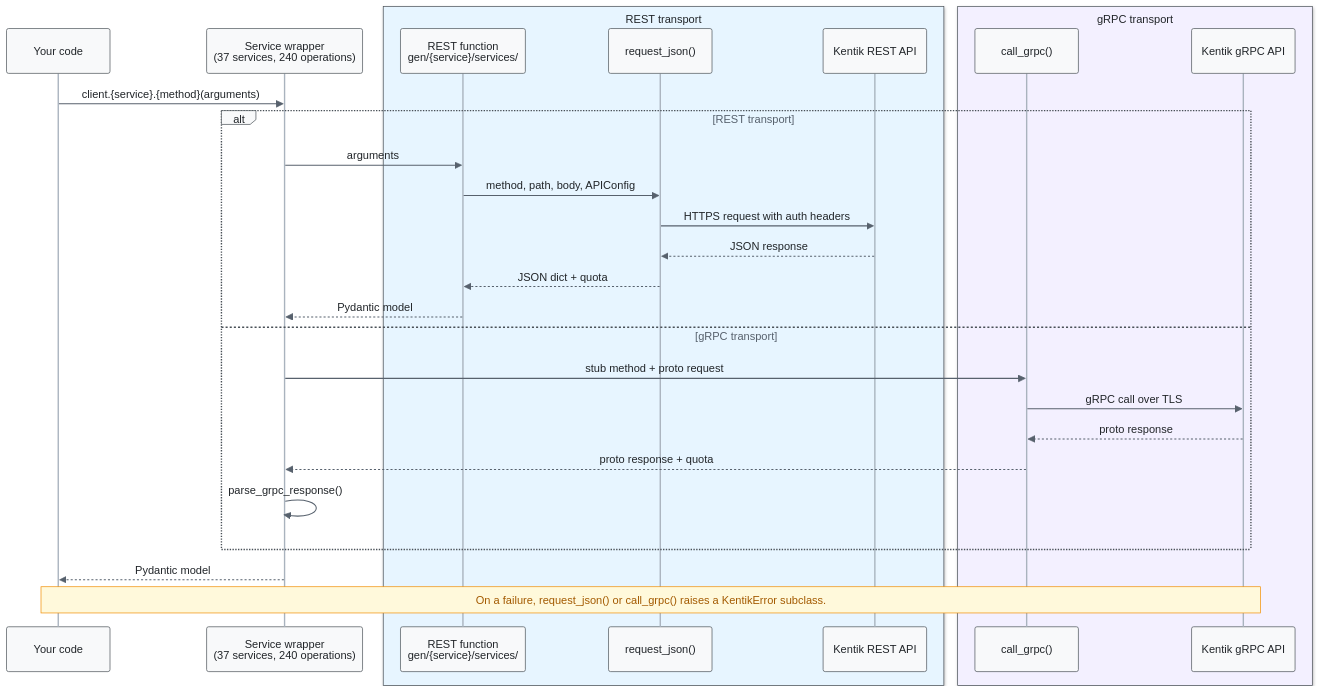
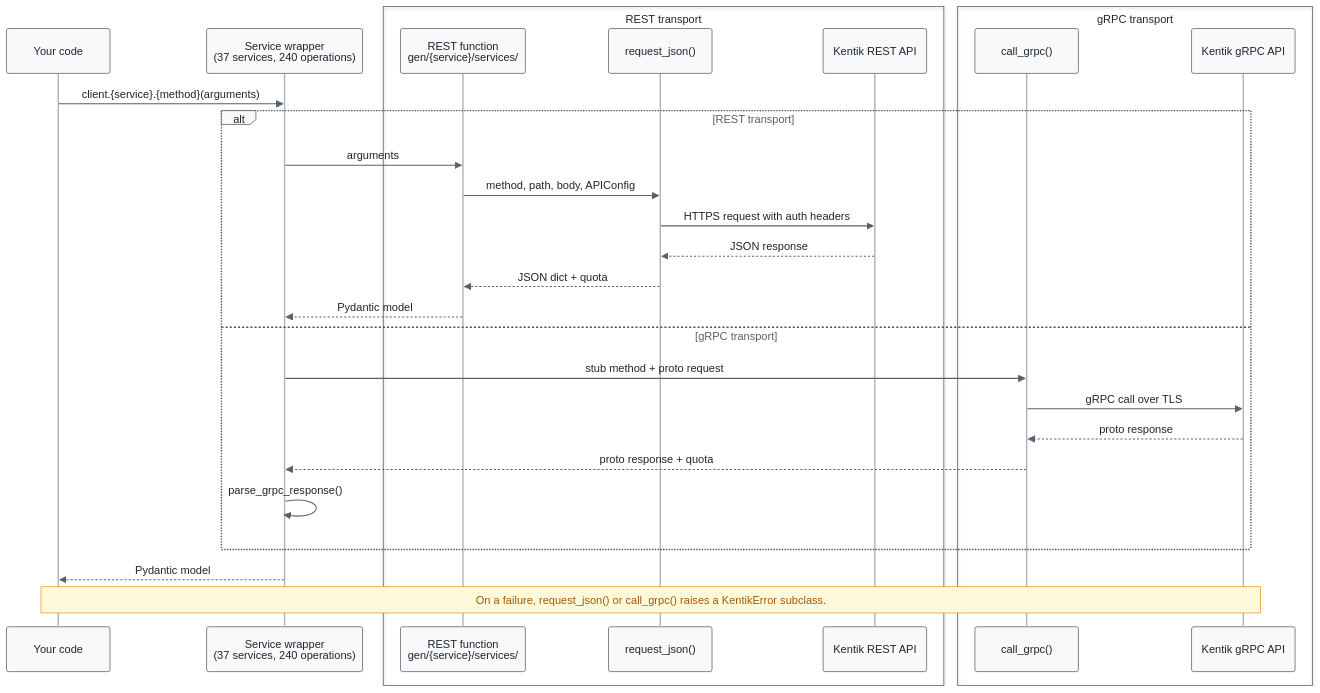
Before and after one commit to alexdearaujo/community_sdk_python: the diagram in docs/sphinx/sdk_runtime_architecture.md, drawn with Mermaid. The commit also changed 7 other files, not shown here.

First line of the commit message:
docs: one color per path on every diagram and its buttons

````diff
--- a/docs/sphinx/sdk_runtime_architecture.md
+++ b/docs/sphinx/sdk_runtime_architecture.md
@@ -19,33 +19,33 @@
 ```mermaid
 %%{init: {"theme": "base", "fontFamily": "ui-monospace, SFMono-Regular, Menlo, monospace", "themeVariables": {"fontFamily": "ui-monospace, SFMono-Regular, Menlo, monospace", "primaryColor": "#f8f9fa", "primaryBorderColor": "#495057", "primaryTextColor": "#212529", "textColor": "#212529", "lineColor": "#77818c", "edgeLabelBackground": "#ffffff", "actorBkg": "#f8f9fa", "actorBorder": "#495057", "actorTextColor": "#212529", "actorLineColor": "#a9b3be", "signalColor": "#57616d", "signalTextColor": "#212529", "labelBoxBkgColor": "#f8f9fa", "labelBoxBorderColor": "#495057", "labelTextColor": "#212529", "loopTextColor": "#57616d", "noteBkgColor": "#fff9db", "noteBorderColor": "#f08c00", "noteTextColor": "#a35a00"}, "flowchart": {"curve": "step", "nodeSpacing": 30, "rankSpacing": 70, "wrappingWidth": 400}}}%%
 sequenceDiagram
     participant C as Your code
     participant W as Service wrapper<br/>(37 services, 240 operations)
-    box rgb(231,245,255) REST transport
+    box transparent REST transport
     participant R as REST function<br/>gen/{service}/services/
     participant RJ as request_json()
     participant RA as Kentik REST API
     end
-    box rgb(243,240,255) gRPC transport
+    box transparent gRPC transport
     participant CG as call_grpc()
     participant GA as Kentik gRPC API
     end
 
     C->>W: client.{service}.{method}(arguments)
     alt REST transport
         W->>R: arguments
         R->>RJ: method, path, body, APIConfig
         RJ->>RA: HTTPS request with auth headers
         RA-->>RJ: JSON response
         RJ-->>R: JSON dict + quota
         R-->>W: Pydantic model
     else gRPC transport
         W->>CG: stub method + proto request
         CG->>GA: gRPC call over TLS
         GA-->>CG: proto response
         CG-->>W: proto response + quota
         W->>W: parse_grpc_response()
     end
     W-->>C: Pydantic model
     Note over C,GA: On a failure, request_json() or call_grpc() raises a KentikError subclass.
 ```
````
